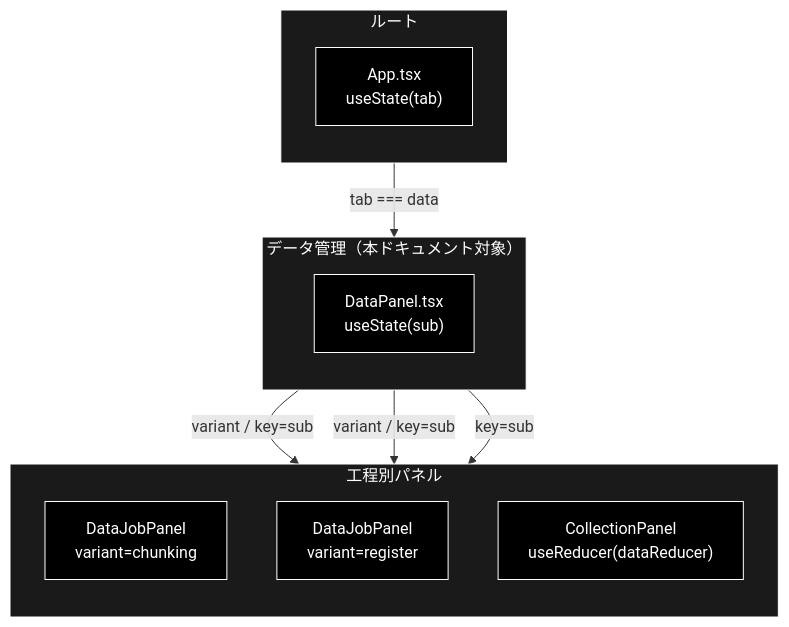
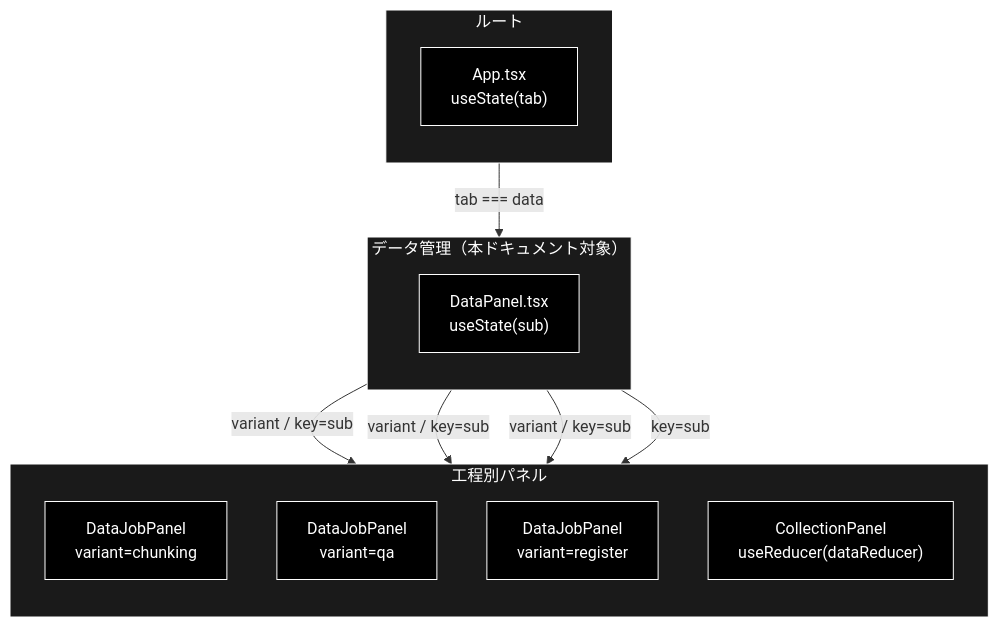
Before and after one commit to nakashima2toshio/grace_v2_local: the first of 3 diagrams in frontend/docs/DataPanel.md, drawn with Mermaid. The commit also changed other lines of this file and 22 other files, not shown here.

````diff
--- a/frontend/docs/DataPanel.md
+++ b/frontend/docs/DataPanel.md
@@ -69,27 +80,29 @@
 ```mermaid
 flowchart TB
     subgraph Root["ルート"]
         direction TB
         App["App.tsx<br>useState(tab)"]
     end
     subgraph Container["データ管理（本ドキュメント対象）"]
         direction TB
         DP["DataPanel.tsx<br>useState(sub)"]
     end
     subgraph Panels["工程別パネル"]
         direction TB
         DJ1["DataJobPanel<br>variant=chunking"]
-        DJ2["DataJobPanel<br>variant=register"]
+        DJ2["DataJobPanel<br>variant=qa"]
+        DJ3["DataJobPanel<br>variant=register"]
         CP["CollectionPanel<br>useReducer(dataReducer)"]
     end
     App -->|"tab === data"| DP
     DP -->|"variant / key=sub"| DJ1
     DP -->|"variant / key=sub"| DJ2
+    DP -->|"variant / key=sub"| DJ3
     DP -->|"key=sub"| CP
 classDef default fill:#000,stroke:#fff,color:#fff
 classDef subgraphStyle fill:#1a1a1a,stroke:#fff,color:#fff
-class App,DP,DJ1,DJ2,CP default
+class App,DP,DJ1,DJ2,DJ3,CP default
 style Root fill:#1a1a1a,stroke:#fff,color:#fff
 style Container fill:#1a1a1a,stroke:#fff,color:#fff
 style Panels fill:#1a1a1a,stroke:#fff,color:#fff
 ```
````
